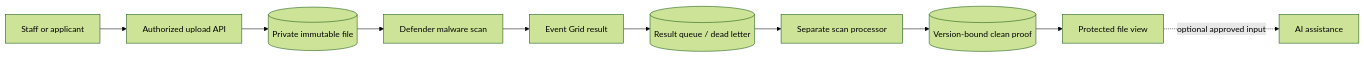
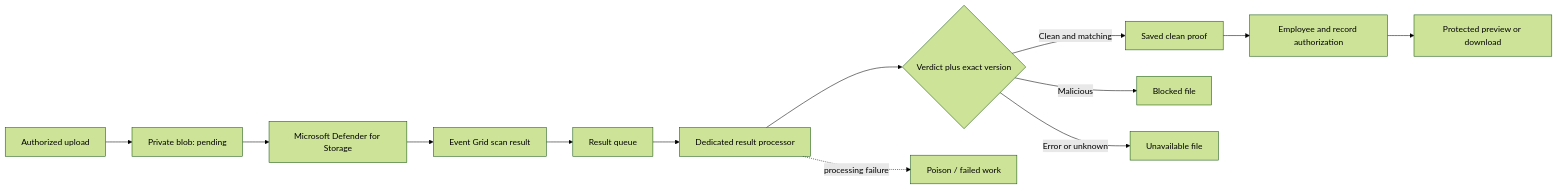
The diagram in README.md (truthofsource/secure-serverless-document-processing), drawn with Mermaid (forest theme) before and after one commit. The commit also changed other lines of this file and 24 other files, not shown here.

Commit message:
Focus project on Defender malware scanning, quarantine and scan-result recovery

````diff
--- a/README.md
+++ b/README.md
@@ -34,12 +35,15 @@
 ```mermaid
 flowchart LR
-  User[Staff or applicant] --> API[Authorized upload API]
-  API --> Blob[(Private immutable file)]
-  Blob --> Scan[Defender malware scan]
-  Scan --> Event[Event Grid result]
-  Event --> Queue[(Result queue / dead letter)]
-  Queue --> Processor[Separate scan processor]
-  Processor --> Proof[(Version-bound clean proof)]
-  Proof --> Download[Protected file view]
-  Download -. optional approved input .-> AI[AI assistance]
+  Upload[Authorized upload] --> Blob[Private blob: pending]
+  Blob --> Defender[Microsoft Defender for Storage]
+  Defender --> Event[Event Grid scan result]
+  Event --> Queue[Result queue]
+  Queue --> Worker[Dedicated result processor]
+  Worker --> State{Verdict plus exact version}
+  State -->|Clean and matching| Proof[Saved clean proof]
+  State -->|Malicious| Blocked[Blocked file]
+  State -->|Error or unknown| Error[Unavailable file]
+  Worker -. processing failure .-> Poison[Poison / failed work]
+  Proof --> Auth[Employee and record authorization]
+  Auth --> View[Protected preview or download]
 ```
````
